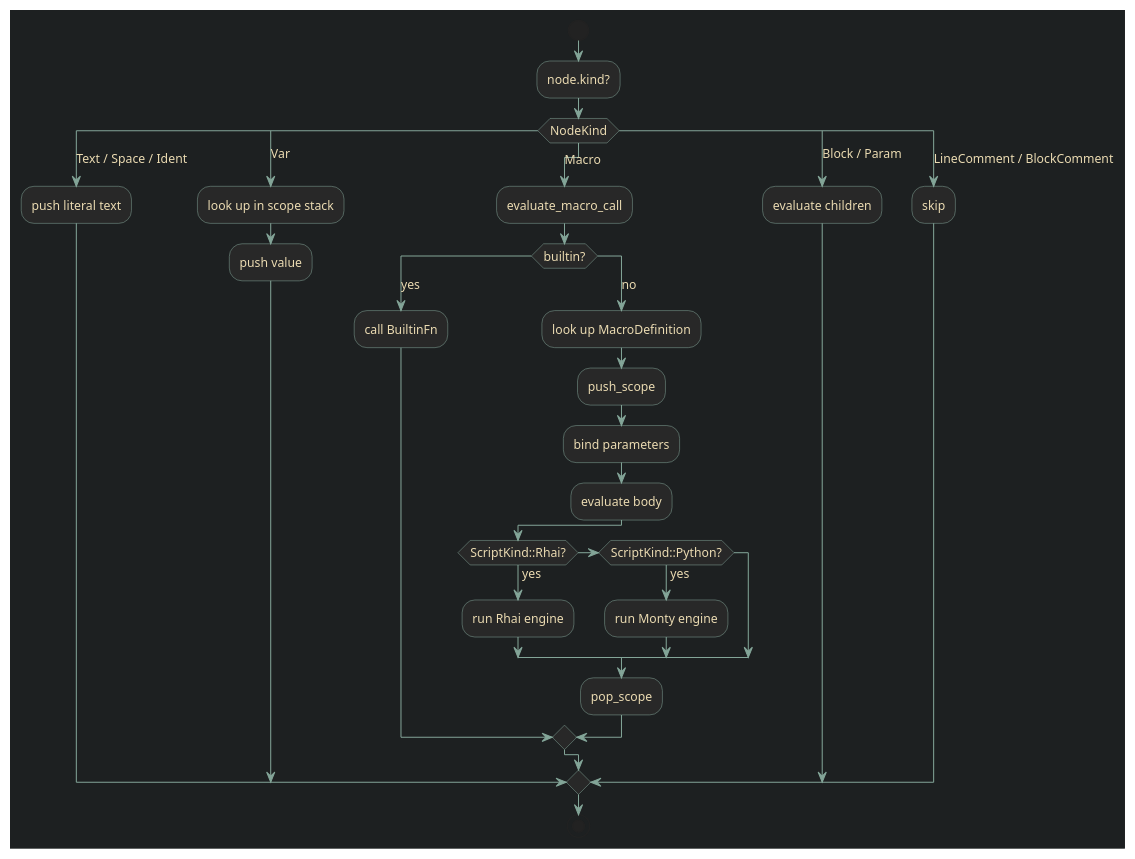
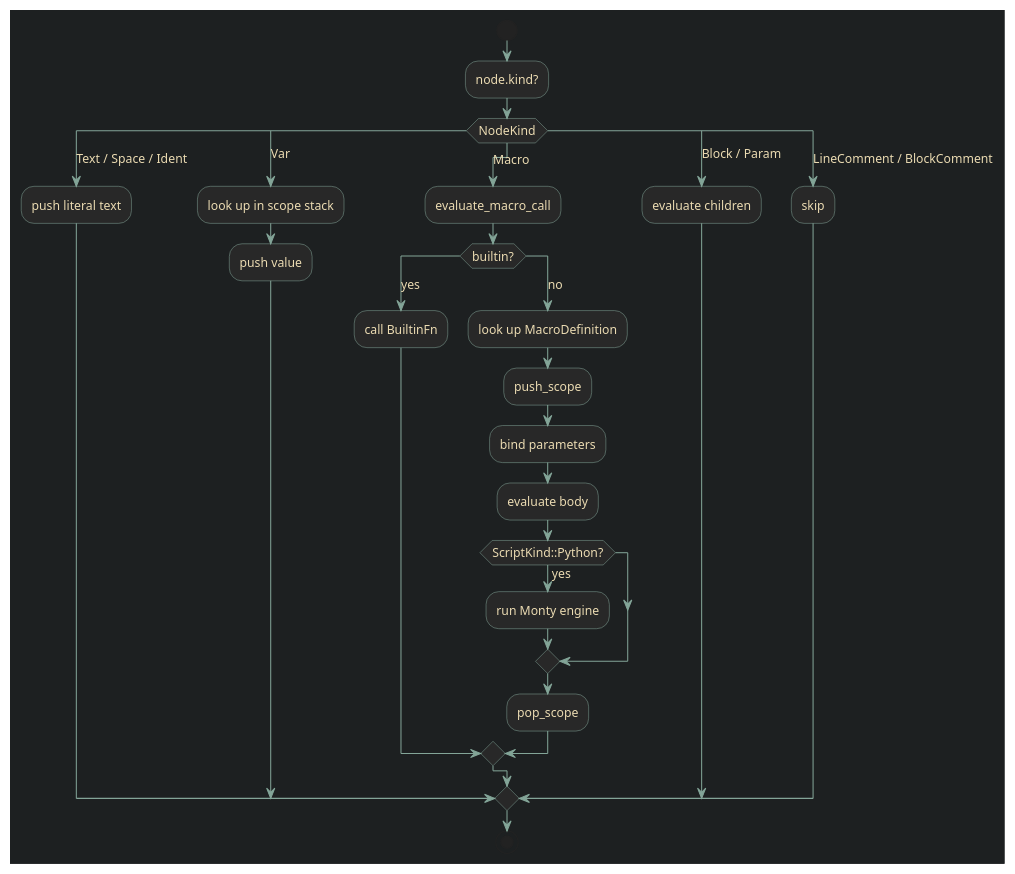
One commit to giannifer7/weaveback changed the diagram in crates/weaveback-macro/src/evaluator/core.adoc. Above: the diagram before and after it, drawn with PlantUML. The commit also changed other lines of this file and 45 other files, not shown here.

```diff
--- a/crates/weaveback-macro/src/evaluator/core.adoc
+++ b/crates/weaveback-macro/src/evaluator/core.adoc
@@ -61,49 +61,47 @@
 [plantuml,format=svg]
 ----
 @startuml
 skinparam backgroundColor #1d2021
 skinparam defaultFontColor #ebdbb2
 skinparam defaultFontSize 12
 skinparam ArrowColor #83a598
 skinparam ActivityBorderColor #83a598
 skinparam ActivityBackgroundColor #282828
 skinparam ActivityFontColor #ebdbb2
 skinparam ActivityBarColor #b8bb26
 skinparam ConditionBorderColor #fabd2f
 skinparam ConditionBackgroundColor #3c3836
 skinparam StartColor #b8bb26
 skinparam EndColor #fb4934
 
 start
 :node.kind?;
 switch (NodeKind)
 case (Text / Space / Ident)
   :push literal text;
 case (Var)
   :look up in scope stack;
   :push value;
 case (Macro)
   :evaluate_macro_call;
   switch (builtin?)
   case (yes)
     :call BuiltinFn;
   case (no)
     :look up MacroDefinition;
     :push_scope;
     :bind parameters;
     :evaluate body;
-    if (ScriptKind::Rhai?) then (yes)
-      :run Rhai engine;
-    else if (ScriptKind::Python?) then (yes)
+    if (ScriptKind::Python?) then (yes)
       :run Monty engine;
     endif
     :pop_scope;
   endswitch
 case (Block / Param)
   :evaluate children;
 case (LineComment / BlockComment)
   :skip;
 endswitch
 stop
 @enduml
 ----
```
